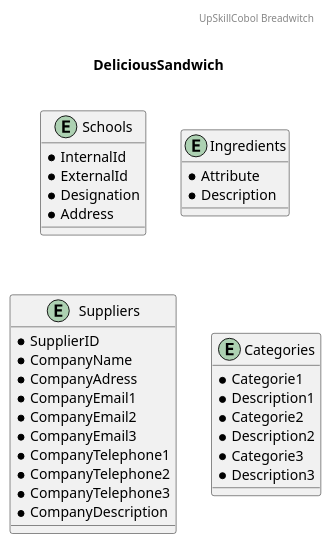
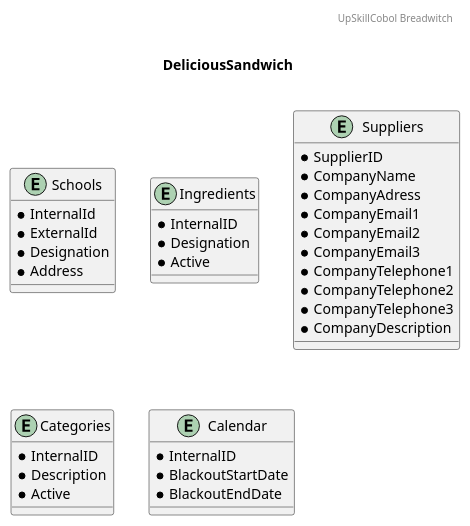
The diagram in Part2/documentation/ER_DeliciousSandwich.puml (UpSkillCobol/lab2), drawn with PlantUML before and after one commit. The commit also changed 1 other file, not shown here.

```diff
--- a/Part2/documentation/ER_DeliciousSandwich.puml
+++ b/Part2/documentation/ER_DeliciousSandwich.puml
@@ -1,49 +1,47 @@
 @startuml
 header
 UpSkillCobol Breadwitch
 endheader
 
 title \nDeliciousSandwich\n
 /' This is a Logical data model - see the level of details '/
 
 entity Schools {
   * InternalId
   * ExternalId
   * Designation
   * Address
 }
 
 entity Ingredients {
-  * Attribute
-  * Description
+  * InternalID
+  * Designation
+  * Active
 }
 
 entity Suppliers {
   * SupplierID
   * CompanyName
   * CompanyAdress
   * CompanyEmail1
   * CompanyEmail2
   * CompanyEmail3
   * CompanyTelephone1
   * CompanyTelephone2
   * CompanyTelephone3
   * CompanyDescription
 }
 
 entity Categories {
-  * Categorie1
-  * Description1
-  * Categorie2
-  * Description2
-  * Categorie3
-  * Description3
+  * InternalID
+  * Description
+  * Active
 }
 
-/' Bibliography:
-https://www.visual-paradigm.com/guide/data-modeling/what-is-entity-relationship-diagram/#erd-data-models-logical
-https://plantuml.com/ie-diagram
-https://plantuml.com/commons
-'/
+entity Calendar {
+  * InternalID
+  * BlackoutStartDate
+  * BlackoutEndDate
+}
 
 @enduml
```
